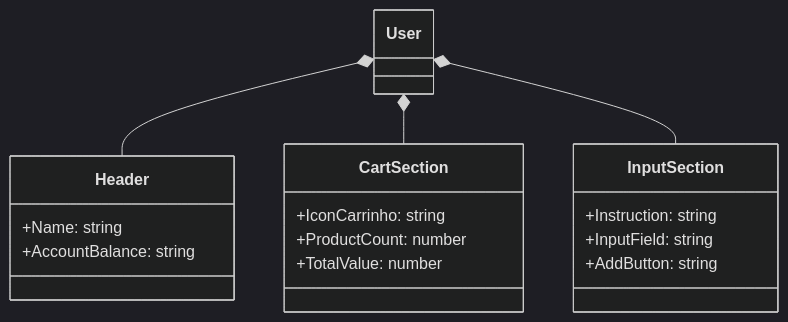
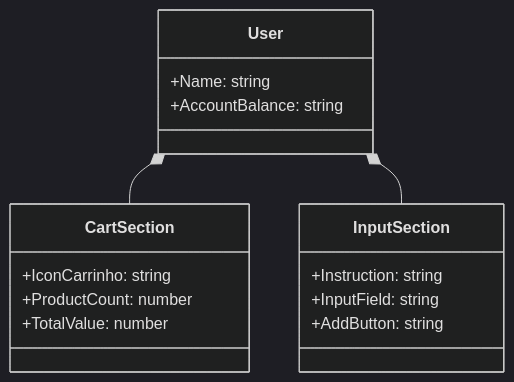
The diagram in README.md (leoIribarne/API_java_17), drawn with Mermaid (dark theme) before and after one commit.

````diff
--- a/README.md
+++ b/README.md
@@ -3,25 +3,23 @@
 ```mermaid
 classDiagram
-    class Header {
+    class User {
         +Name: string
         +AccountBalance: string
     }
     class CartSection {
         +IconCarrinho: string
         +ProductCount: number
         +TotalValue: number
     }
     class InputSection {
         +Instruction: string
         +InputField: string
         +AddButton: string
     }
-    class User {
-    }
 
-    User *-- Header
+  
     User *-- CartSection
     User *-- InputSection
  
 
 ```
````
